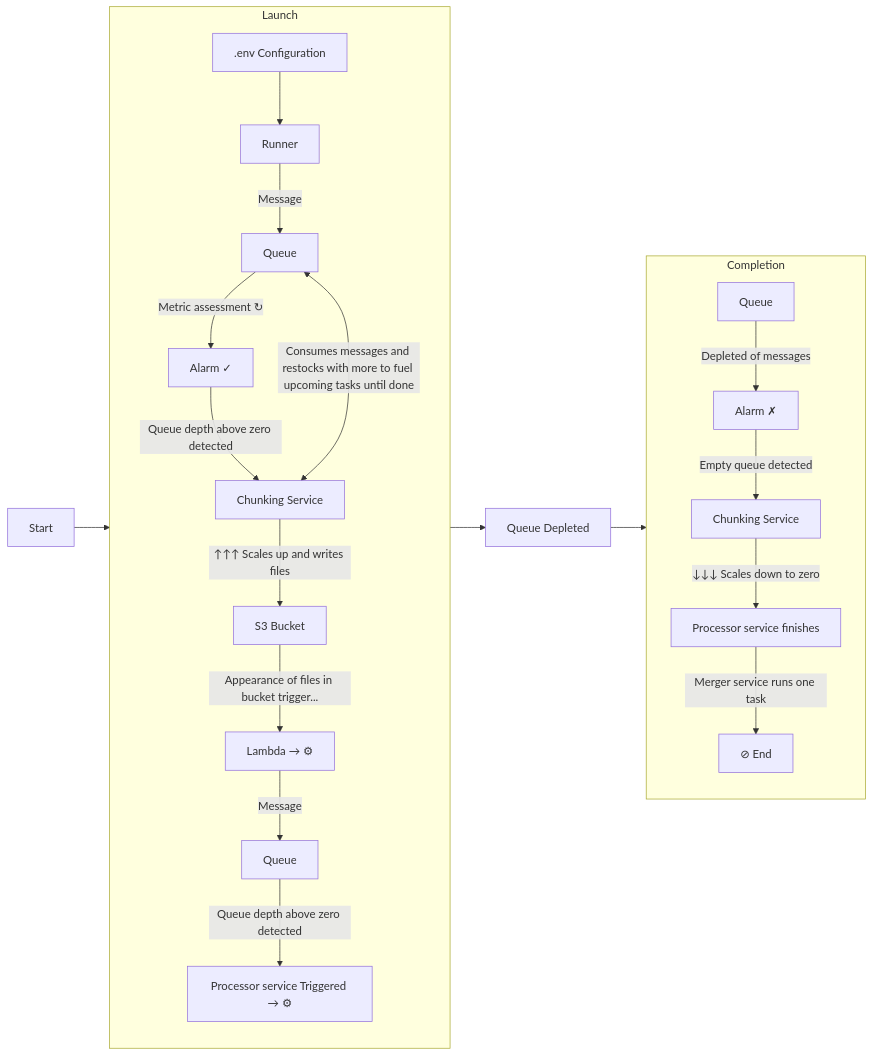
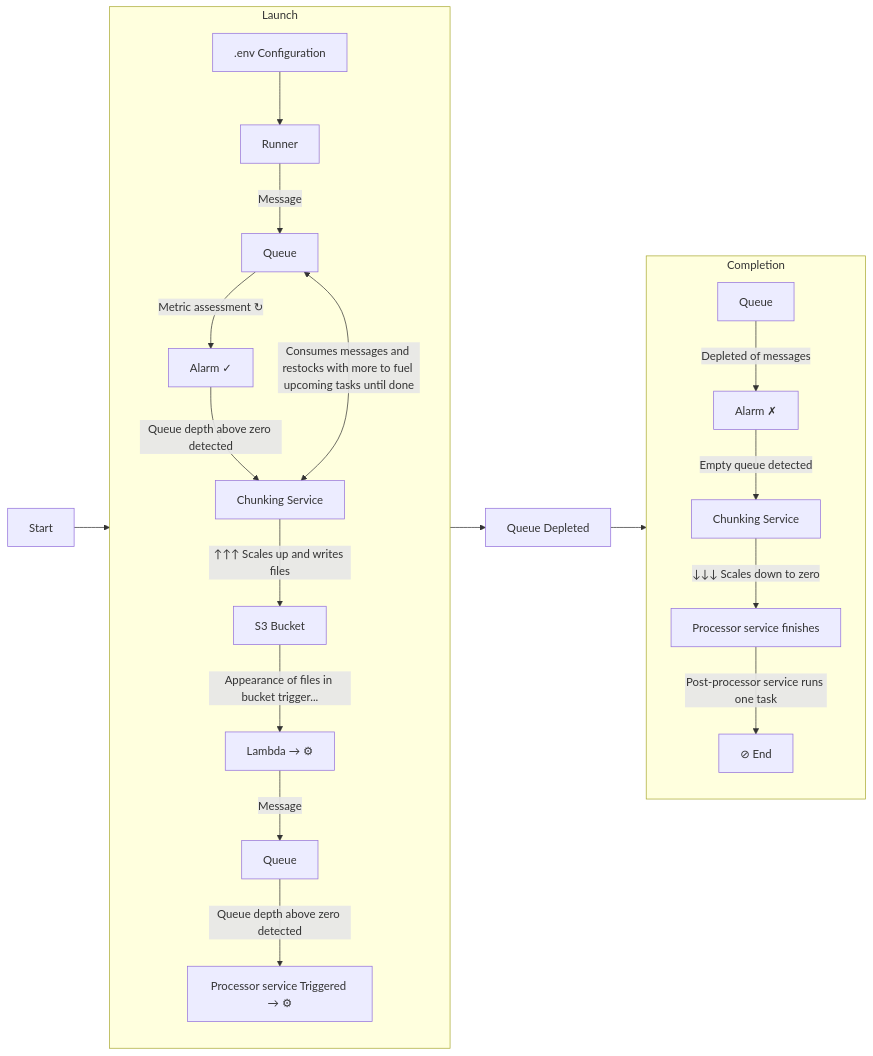
One commit to whennemuth/integration-huron-person-fargate changed the diagram in src/runner/README.md. Above: the diagram before and after it, drawn with Mermaid. The commit also changed 82 other files, not shown here.

````diff
--- a/src/runner/README.md
+++ b/src/runner/README.md
@@ -10,25 +10,25 @@
 ```mermaid
 flowchart LR
   S[Start] --> R
   subgraph R[Launch]
     direction TB
       A[.env Configuration] --> B[Runner]
       B -->|Message| Q1[Queue]
       Q1 -->|Metric assessment ↻| AL[Alarm ✓]
       AL -->|Queue depth above zero detected| E[Chunking Service]
       E -->|↑↑↑ Scales up and writes files| F[S3 Bucket]
       F -->|Appearance of files in bucket trigger... | L1[Lambda → ⚙]
       L1 -->|Message| Q2[Queue] 
       Q2 -->|Queue depth above zero detected| P[Processor service Triggered → ⚙]
       E <-->|Consumes messages and restocks with more to fuel upcoming tasks until done| Q1
   end
   R --> QD[Queue Depleted]
   QD --> C
   subgraph C[Completion]
     direction TB
       H[Queue] -->|Depleted of messages| J[Alarm ✗]
       J -->|Empty queue detected| K[Chunking Service]
       K -->|↓↓↓ Scales down to zero| L2[Processor service finishes]
-      L2 -->|Merger service runs one task| END[ ⊘ End]
+      L2 -->|Post-processor service runs one task| END[ ⊘ End]
   end
 ```
````
